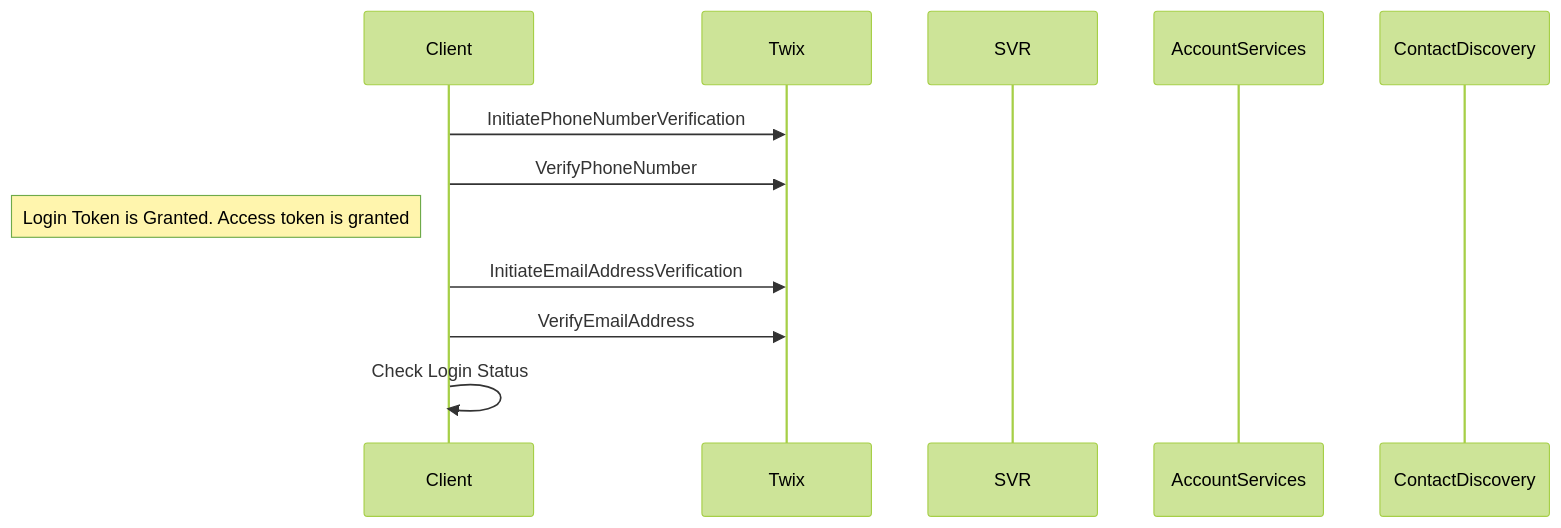
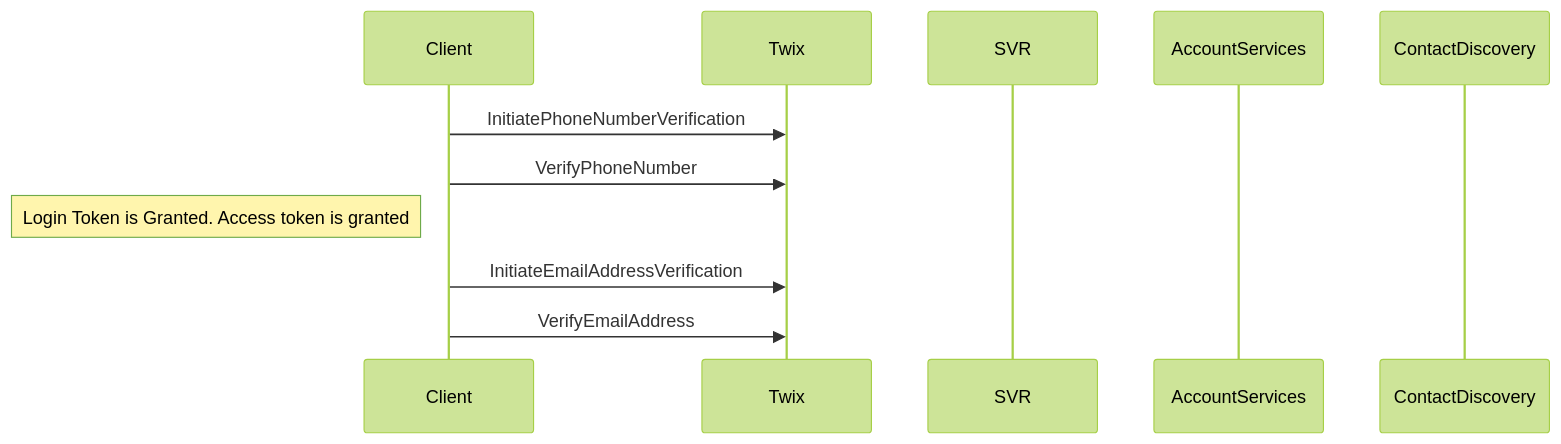
The second of 2 diagrams in testfile.MD (trunkafunk/trunkafunk), drawn with Mermaid (forest theme) before and after one commit.

````diff
--- a/testfile.MD
+++ b/testfile.MD
@@ -27,18 +27,16 @@
 ```mermaid
 sequenceDiagram
     participant Client
     participant Twix
     participant SVR
     Client->>Twix: InitiatePhoneNumberVerification 
     Client->>Twix: VerifyPhoneNumber
     Note left of Client: Login Token is Granted. Access token is granted
     Client->>Twix: InitiateEmailAddressVerification
-    Client->>Twix: VerifyEmailAddress
-    Client->>Client: Check Login Status
-    
+    Client->>Twix: VerifyEmailAddress    
     
     participant AccountServices
     participant ContactDiscovery
     
 
 ```
````
